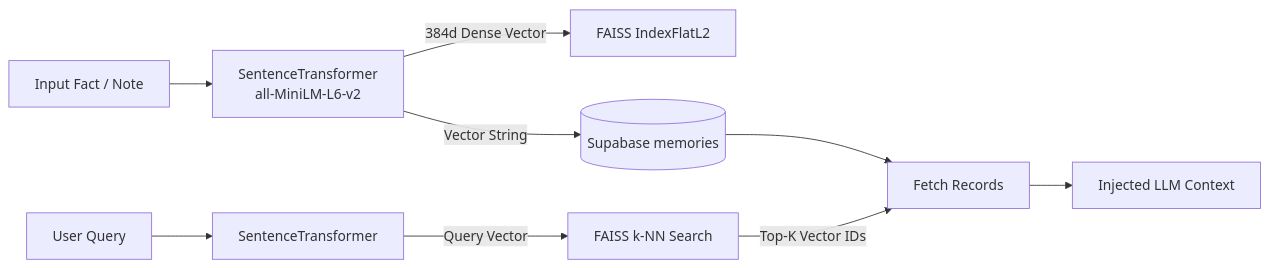
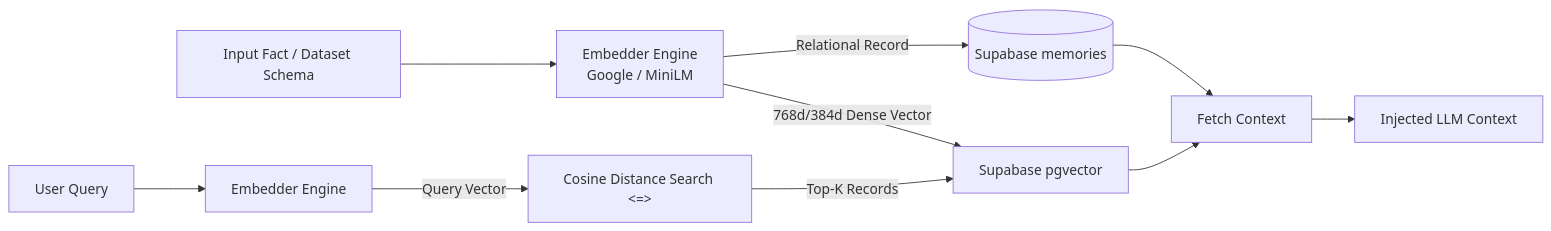
One commit to din-esh-kumar/Vectronyx changed the first of 3 diagrams in docs/AI_MODULES.md. Above: the diagram before and after it, drawn with Mermaid. The commit also changed other lines of this file and 8 other files, not shown here.

Commit message:
docs(architecture): update documentation suite to cloud-native storage, pgvector, and Gemini/Groq dual inference

````diff
--- a/docs/AI_MODULES.md
+++ b/docs/AI_MODULES.md
@@ -11,12 +11,13 @@
 ```mermaid
 flowchart LR
-    Text[Input Fact / Note] --> Embedder[SentenceTransformer\nall-MiniLM-L6-v2]
-    Embedder -->|384d Dense Vector| FAISS[FAISS IndexFlatL2]
-    Embedder -->|Vector String| PG[(Supabase memories)]
+    Text[Input Fact / Dataset Schema] --> Embedder[Embedder Engine\nGoogle / MiniLM]
+    Embedder -->|768d/384d Dense Vector| PGVector[Supabase pgvector]
+    Embedder -->|Relational Record| PG[(Supabase memories)]
     
-    Query[User Query] --> QEmbed[SentenceTransformer]
-    QEmbed -->|Query Vector| Search[FAISS k-NN Search]
-    Search -->|Top-K Vector IDs| Fetch[Fetch Records]
+    Query[User Query] --> QEmbed[Embedder Engine]
+    QEmbed -->|Query Vector| Search[Cosine Distance Search <=>]
+    Search -->|Top-K Records| PGVector
+    PGVector --> Fetch[Fetch Context]
     PG --> Fetch
     Fetch --> Context[Injected LLM Context]
 ```
````
